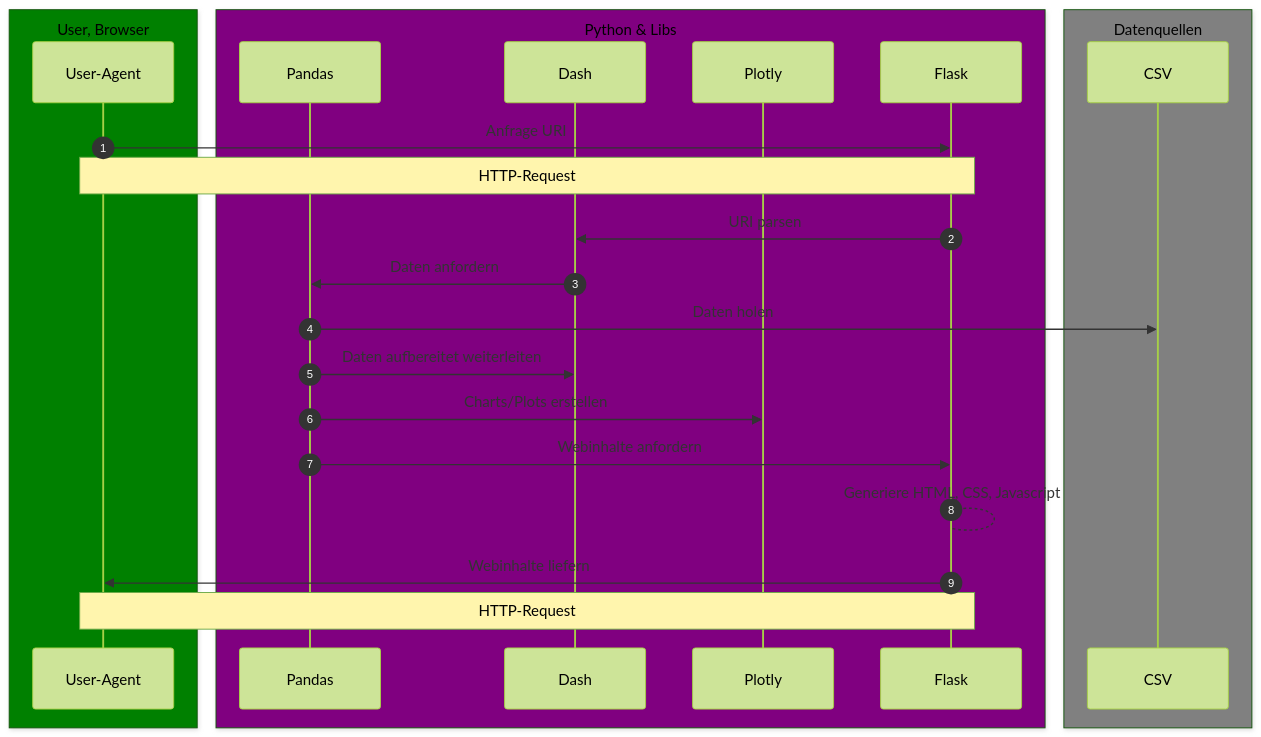
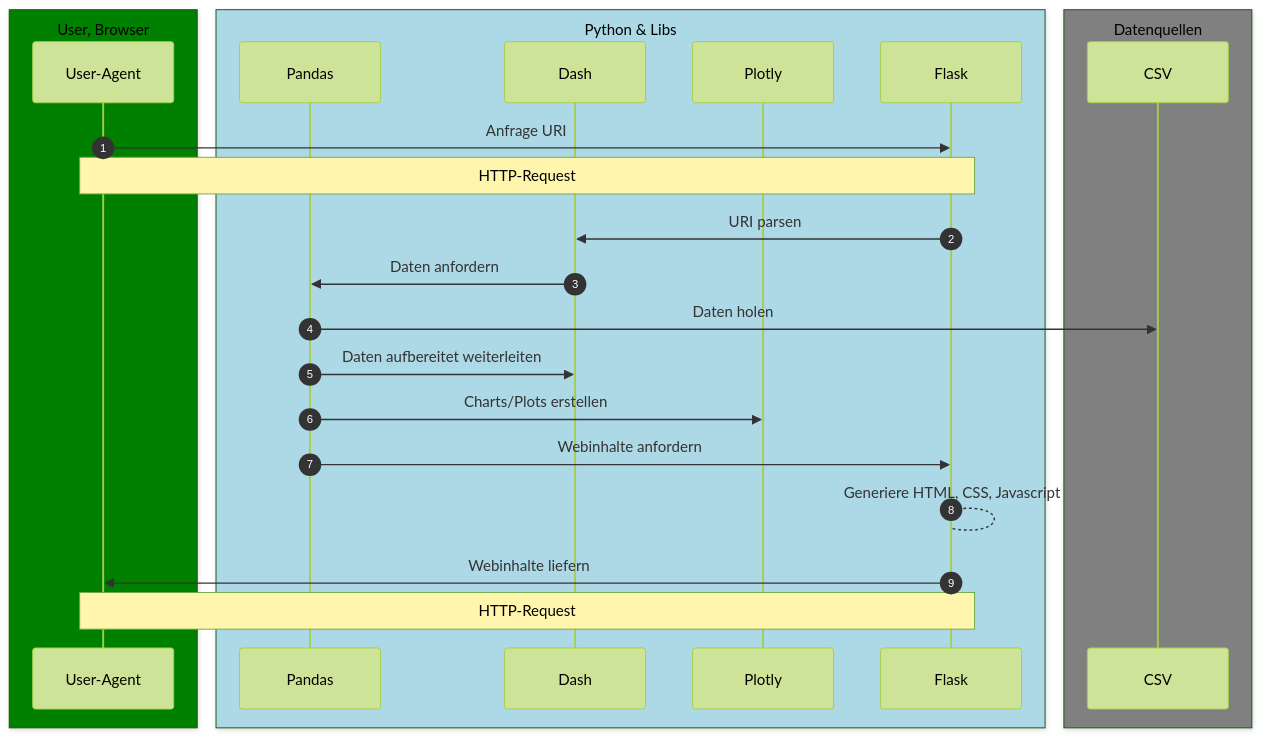
Before and after one commit to SchrodtSven/hca: the diagram in doq/dad2.md, drawn with Mermaid (forest theme).

````diff
--- a/doq/dad2.md
+++ b/doq/dad2.md
@@ -3,37 +3,37 @@
 ```mermaid
 sequenceDiagram
 autonumber
     
     box Green User, Browser
     participant User-Agent
     end
 
-    box Purple Python & Libs
+    box lightblue Python & Libs
     participant Pandas
     participant Dash
     participant Plotly
     participant Flask
     end
 
     box gray Datenquellen
     participant CSV
     end
     
     User-Agent->>Flask: Anfrage URI
     Note over User-Agent, Flask: HTTP-Request
     
     Flask->>Dash: URI parsen
     Dash->>Pandas: Daten anfordern
     Pandas ->> CSV: Daten holen
     Pandas ->> Dash: Daten aufbereitet weiterleiten
     Pandas ->> Plotly: Charts/Plots erstellen
     Pandas ->> Flask: Webinhalte anfordern 
     Flask --> Flask: Generiere HTML, CSS, Javascript
     
     Flask->>User-Agent: Webinhalte liefern
     Note over User-Agent, Flask: HTTP-Request
     
 
    
    
 ```
````
